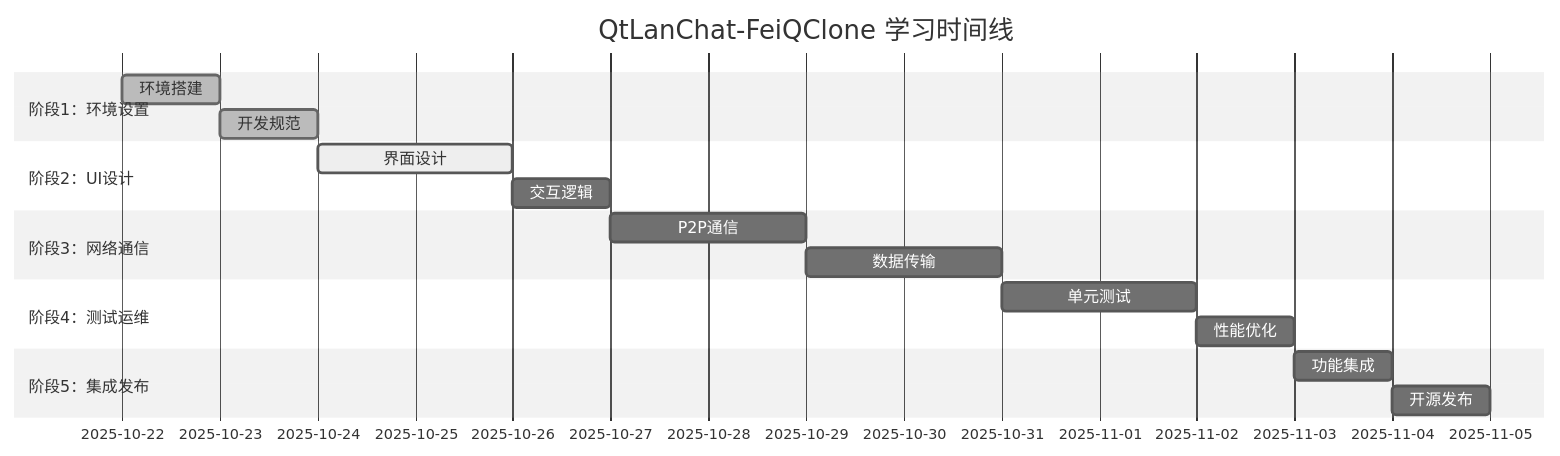
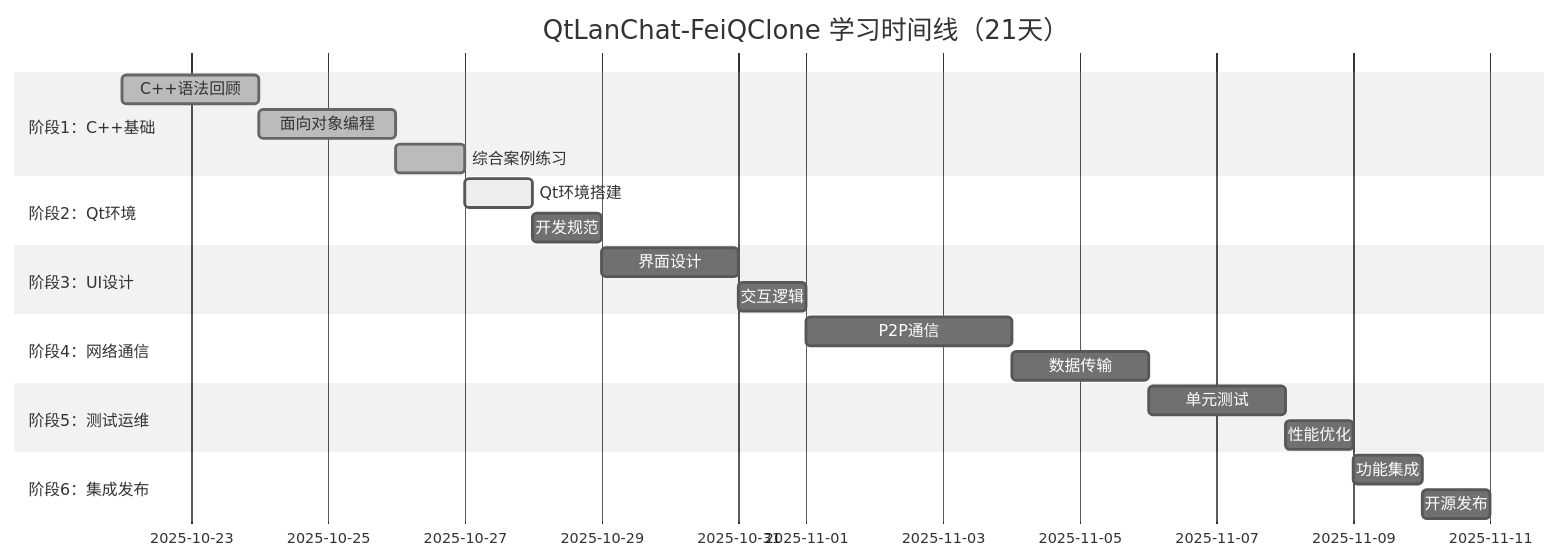
One commit to IdEvEbI/QtLanChat-FeiQClone changed the second of 3 diagrams in README.md. Above: the diagram before and after it, drawn with Mermaid (neutral theme). The commit also changed other lines of this file, not shown here.

````diff
--- a/README.md
+++ b/README.md
@@ -288,20 +288,24 @@
 ```mermaid
 gantt
-    title QtLanChat-FeiQClone 学习时间线
+    title QtLanChat-FeiQClone 学习时间线（21天）
     dateFormat  YYYY-MM-DD
-    section 阶段1：环境设置
-    环境搭建           :done, env1, 2025-10-22, 1d
-    开发规范           :done, env2, 2025-10-23, 1d
-    section 阶段2：UI设计
-    界面设计           :active, ui1, 2025-10-24, 2d
-    交互逻辑           :ui2, 2025-10-26, 1d
-    section 阶段3：网络通信
-    P2P通信            :net1, 2025-10-27, 2d
-    数据传输           :net2, 2025-10-29, 2d
-    section 阶段4：测试运维
-    单元测试           :test1, 2025-10-31, 2d
-    性能优化           :test2, 2025-11-02, 1d
-    section 阶段5：集成发布
-    功能集成           :int1, 2025-11-03, 1d
-    开源发布           :int2, 2025-11-04, 1d
+    section 阶段1：C++基础
+    C++语法回顾        :done, cpp1, 2025-10-22, 2d
+    面向对象编程        :done, cpp2, 2025-10-24, 2d
+    综合案例练习        :done, cpp3, 2025-10-26, 1d
+    section 阶段2：Qt环境
+    Qt环境搭建         :active, qt1, 2025-10-27, 1d
+    开发规范           :qt2, 2025-10-28, 1d
+    section 阶段3：UI设计
+    界面设计           :ui1, 2025-10-29, 2d
+    交互逻辑           :ui2, 2025-10-31, 1d
+    section 阶段4：网络通信
+    P2P通信            :net1, 2025-11-01, 3d
+    数据传输           :net2, 2025-11-04, 2d
+    section 阶段5：测试运维
+    单元测试           :test1, 2025-11-06, 2d
+    性能优化           :test2, 2025-11-08, 1d
+    section 阶段6：集成发布
+    功能集成           :int1, 2025-11-09, 1d
+    开源发布           :int2, 2025-11-10, 1d
 ```
````
